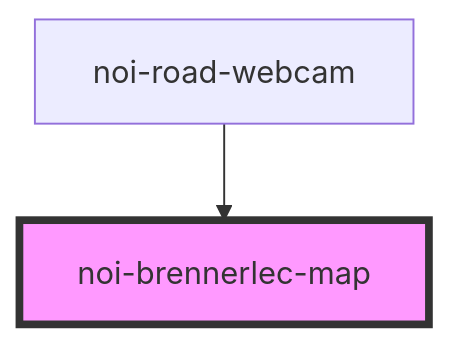
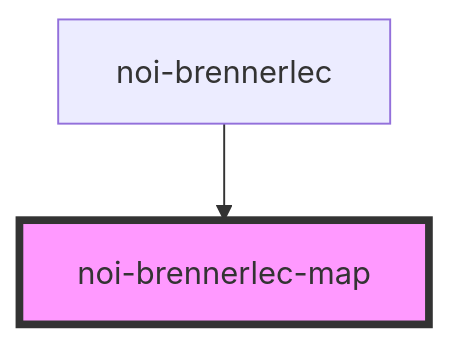
Before and after one commit to noi-techpark/webcomponents-brennerlec: the diagram in src/blocks/map/readme.md, drawn with Mermaid. The commit also changed other lines of this file and 8 other files, not shown here.

````diff
--- a/src/blocks/map/readme.md
+++ b/src/blocks/map/readme.md
@@ -39,5 +39,5 @@
 ```mermaid
 graph TD;
-  noi-road-webcam --> noi-brennerlec-map
+  noi-brennerlec --> noi-brennerlec-map
   style noi-brennerlec-map fill:#f9f,stroke:#333,stroke-width:4px
 ```
````
